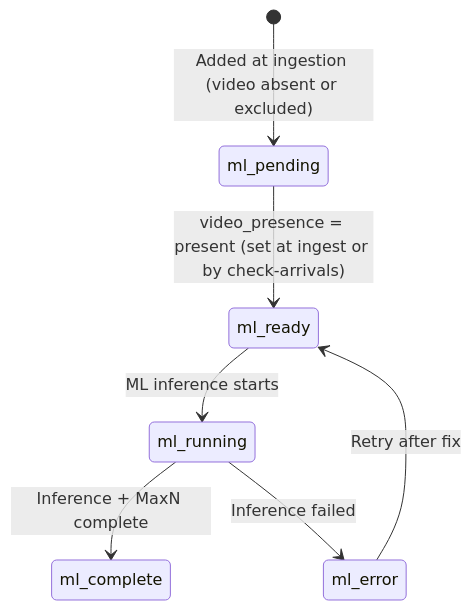
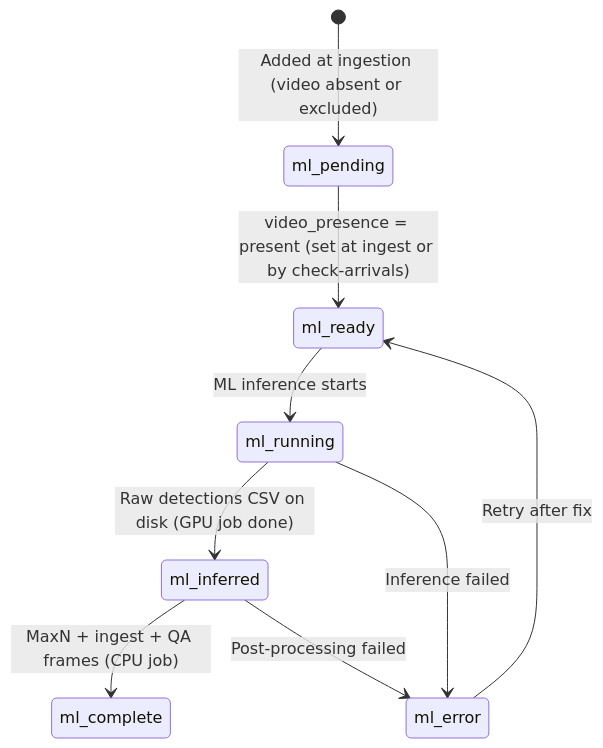
The tenth of 14 diagrams in design_doc.md (wildlifeai/spyfish-aotearoa-toolkit), drawn with Mermaid before and after one commit. The commit also changed other lines of this file and 248 other files, not shown here.

````diff
--- a/design_doc.md
+++ b/design_doc.md
@@ -836,9 +854,11 @@
 ```mermaid
 stateDiagram-v2
     [*] --> ml_pending : Added at ingestion (video absent or excluded)
     ml_pending --> ml_ready : video_presence = present (set at ingest or by check-arrivals)
     ml_ready --> ml_running : ML inference starts
-    ml_running --> ml_complete : Inference + MaxN complete
+    ml_running --> ml_inferred : Raw detections CSV on disk (GPU job done)
+    ml_inferred --> ml_complete : MaxN + ingest + QA frames (CPU job)
     ml_running --> ml_error : Inference failed
+    ml_inferred --> ml_error : Post-processing failed
     ml_error --> ml_ready : Retry after fix
 ```
````
